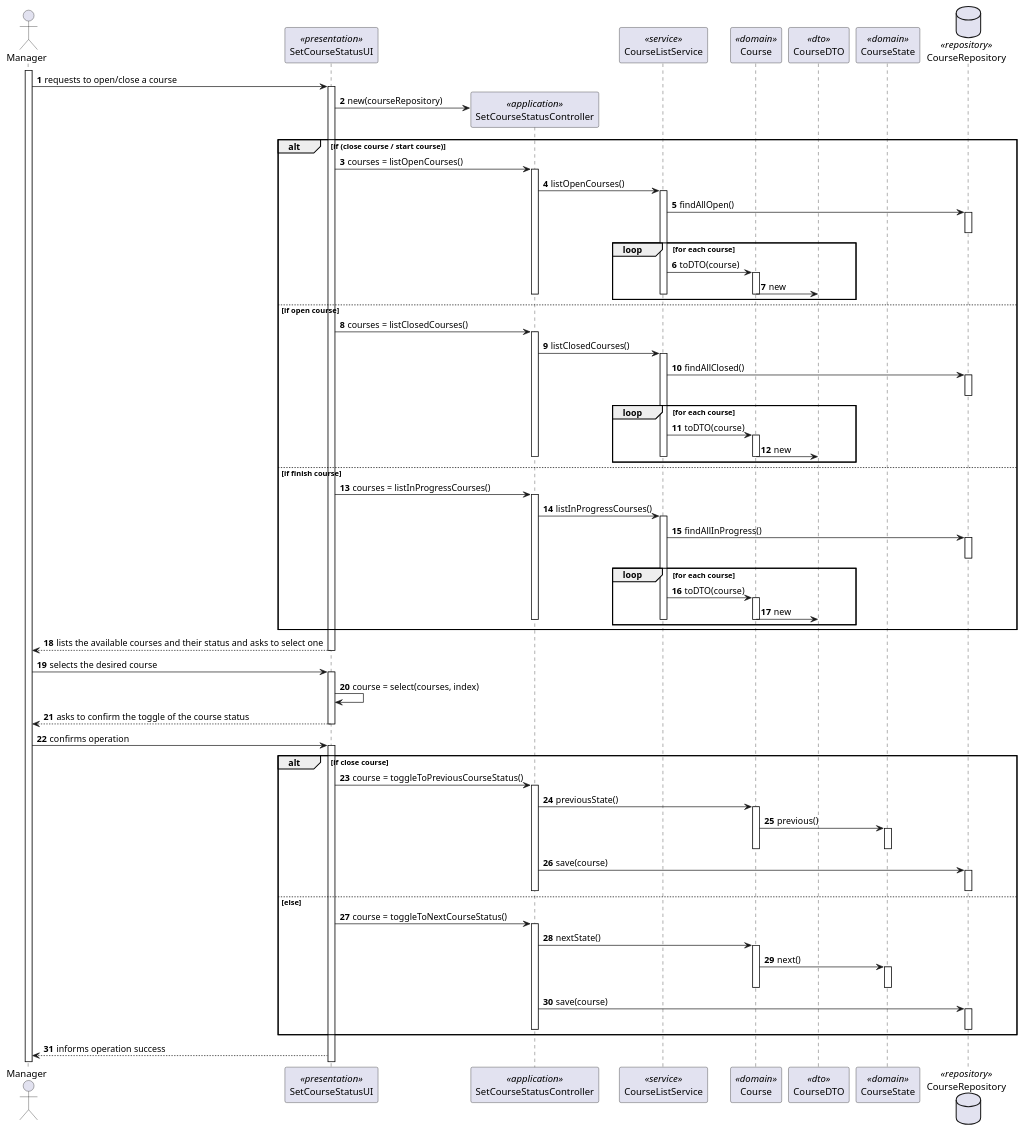
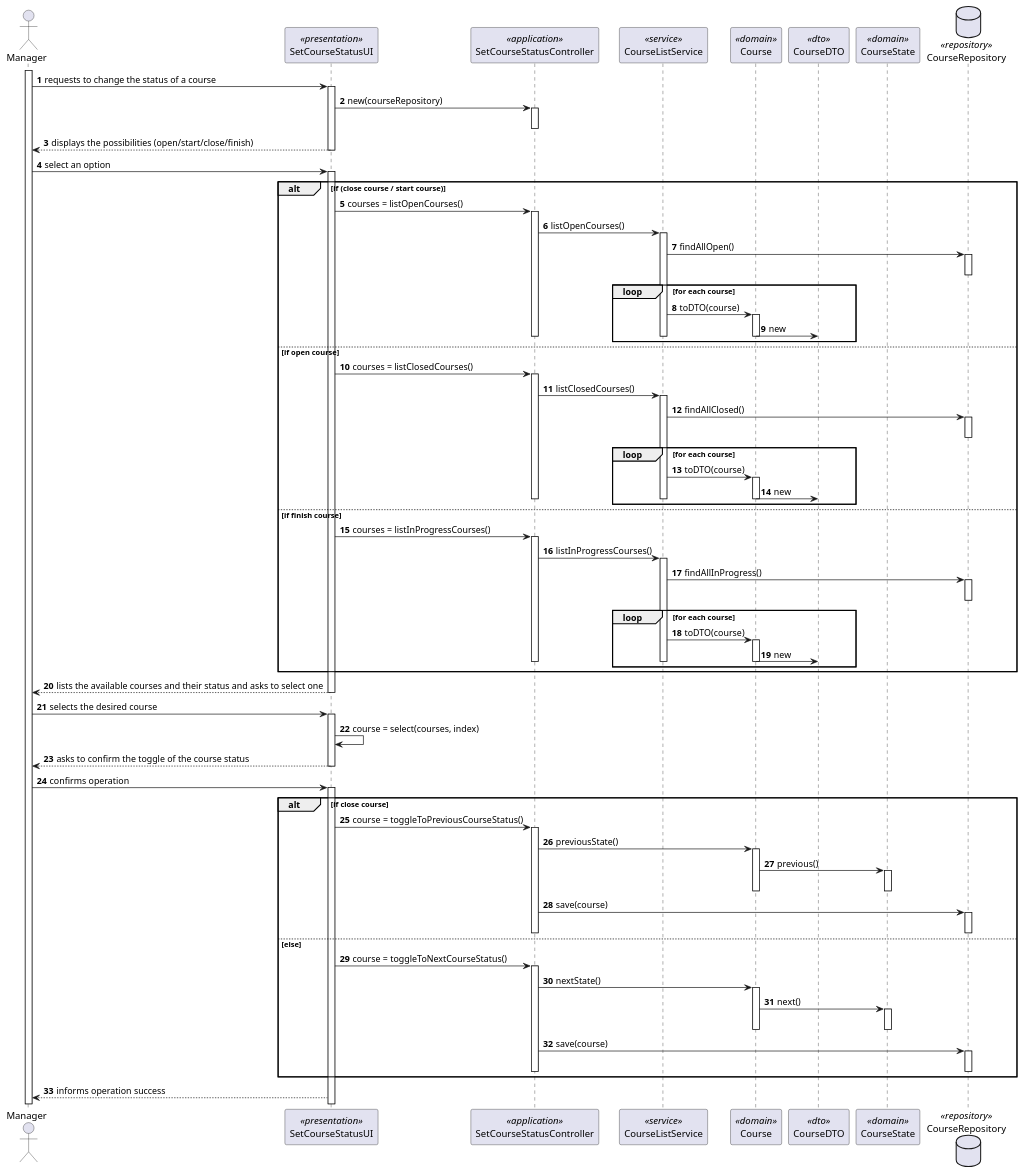
One commit to miseEnPlace-dev/lapr4 changed the diagram in docs/sprint-b/us10-1004/US1004_SD.puml. Above: the diagram before and after it, drawn with PlantUML. The commit also changed 11 other files, not shown here.

```diff
--- a/docs/sprint-b/us10-1004/US1004_SD.puml
+++ b/docs/sprint-b/us10-1004/US1004_SD.puml
@@ -1,122 +1,127 @@
 @startuml US1004_SD
 autonumber
 
 actor "Manager" as M
 
 participant "SetCourseStatusUI" as UI <<presentation>>
 participant "SetCourseStatusController" as CTRL <<application>>
 participant "CourseListService" as SRV <<service>>
 participant "Course" as Course <<domain>>
 participant "CourseDTO" as DTO <<dto>>
 participant "CourseState" as CourseState <<domain>>
 
 
 database CourseRepository as REPO <<repository>>
 
 activate M
 
-M -> UI: requests to open/close a course
-
+M -> UI: requests to change the status of a course
+activate UI
+UI -> CTRL: new(courseRepository)
+activate CTRL
+deactivate CTRL
+UI --> M: displays the possibilities (open/start/close/finish)
+deactivate UI
+M -> UI: select an option
 activate UI
 
-UI -> CTRL**: new(courseRepository)
 
 alt if (close course / start course)
   UI -> CTRL: courses = listOpenCourses()
   activate CTRL
   CTRL -> SRV: listOpenCourses()
   activate SRV
   SRV -> REPO: findAllOpen()
     activate REPO
     deactivate REPO
   loop for each course
     SRV -> Course : toDTO(course)
     activate Course
     Course -> DTO : new
     deactivate SRV
     deactivate Course
     deactivate CTRL
   end loop
 else if open course
   UI -> CTRL: courses = listClosedCourses()
   activate CTRL
   CTRL -> SRV: listClosedCourses()
   activate SRV
   SRV -> REPO: findAllClosed()
   activate REPO
   deactivate REPO
   loop for each course
     SRV -> Course : toDTO(course)
     activate Course
     Course -> DTO : new
     deactivate SRV
     deactivate Course
     deactivate CTRL
   end loop
  else if finish course
   UI -> CTRL: courses = listInProgressCourses()
     activate CTRL
     CTRL -> SRV: listInProgressCourses()
     activate SRV
     SRV -> REPO: findAllInProgress()
     activate REPO
     deactivate REPO
     loop for each course
       SRV -> Course : toDTO(course)
       activate Course
       Course -> DTO : new
       deactivate SRV
       deactivate Course
       deactivate CTRL
     end loop
 end
 
 
 UI --> M: lists the available courses and their status and asks to select one
 
 deactivate UI
 
 M -> UI: selects the desired course
 
 activate UI
 
 UI -> UI: course = select(courses, index)
 UI --> M: asks to confirm the toggle of the course status
 
 deactivate UI
 
 M -> UI: confirms operation
 
 activate UI
 
 alt if close course
   UI -> CTRL: course = toggleToPreviousCourseStatus()
   activate CTRL
   CTRL -> Course: previousState()
   activate Course
   Course -> CourseState: previous()
   activate CourseState
   deactivate CourseState
   deactivate Course
   CTRL -> REPO: save(course)
   activate REPO
   deactivate REPO
   deactivate CTRL
 else else
   UI -> CTRL: course = toggleToNextCourseStatus()
   activate CTRL
     CTRL -> Course: nextState()
     activate Course
     Course -> CourseState: next()
     activate CourseState
     deactivate CourseState
     deactivate Course
     CTRL -> REPO: save(course)
     activate REPO
     deactivate REPO
     deactivate CTRL
 end
 
 UI --> M: informs operation success
 
 @enduml
```
